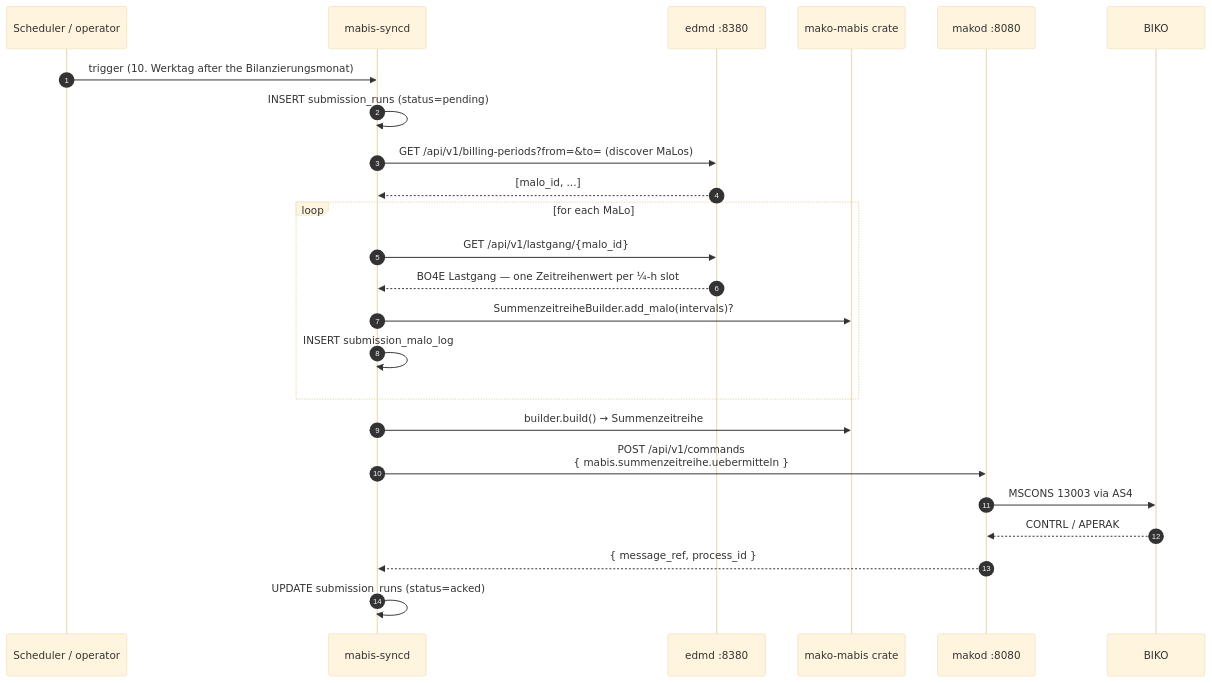
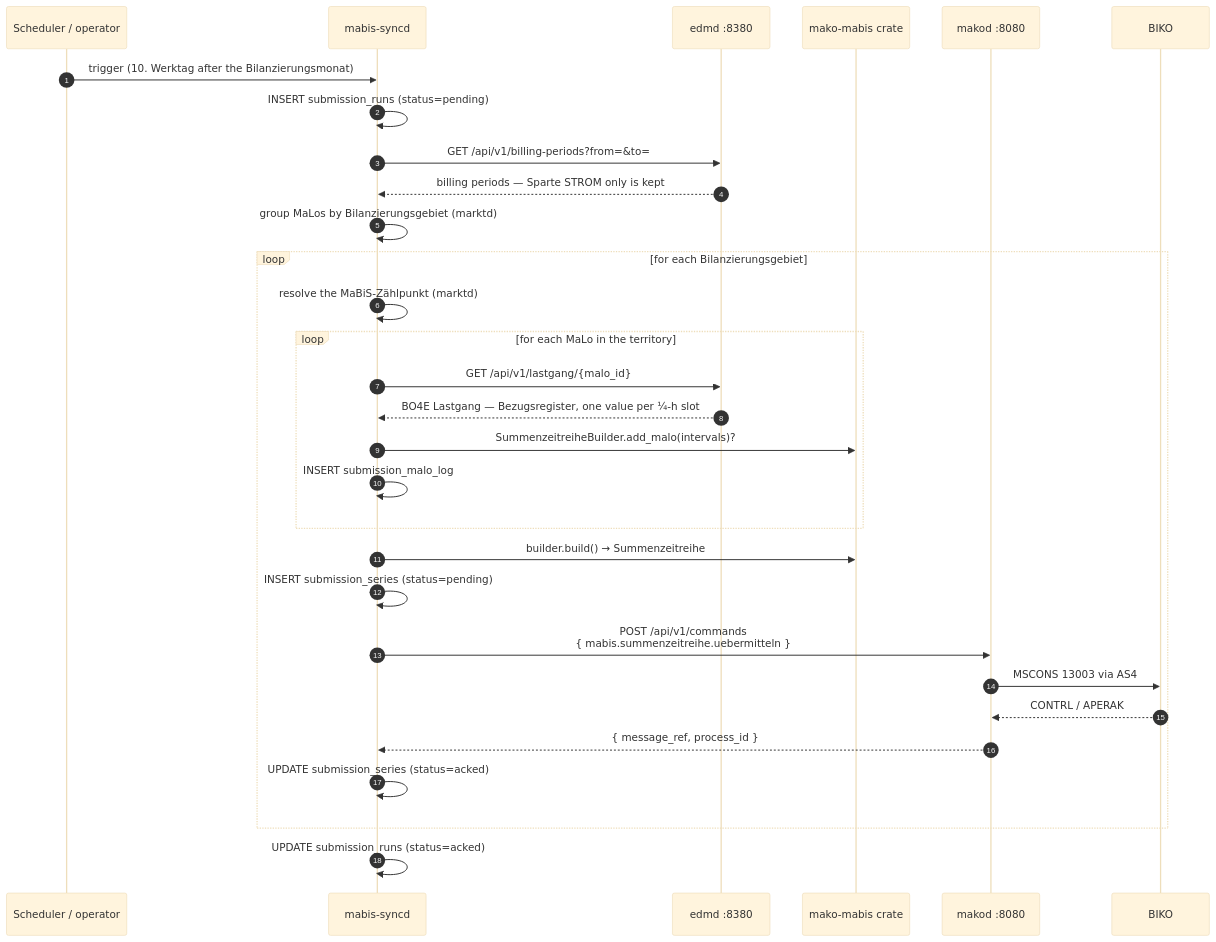
Before and after one commit to hupe1980/mako: the second of 2 diagrams in site/content/docs/services/mabis-syncd.md, drawn with Mermaid (base theme). The commit also changed other lines of this file and 63 other files, not shown here.

First line of the commit message:
Refactor mabis-syncd and portald documentation for clarity and accuracy

````diff
--- a/site/content/docs/services/mabis-syncd.md
+++ b/site/content/docs/services/mabis-syncd.md
@@ -266,30 +266,37 @@
 ```mermaid
 sequenceDiagram
     autonumber
     participant sched as Scheduler / operator
     participant syncd as mabis-syncd
     participant edmd as edmd :8380
     participant mabis as mako-mabis crate
     participant makod as makod :8080
     participant biko as BIKO
 
     sched->>syncd: trigger (10. Werktag after the Bilanzierungsmonat)
     syncd->>syncd: INSERT submission_runs (status=pending)
 
-    syncd->>edmd: GET /api/v1/billing-periods?from=&to= (discover MaLos)
-    edmd-->>syncd: [malo_id, ...]
+    syncd->>edmd: GET /api/v1/billing-periods?from=&to=
+    edmd-->>syncd: billing periods — Sparte STROM only is kept
 
-    loop for each MaLo
-        syncd->>edmd: GET /api/v1/lastgang/{malo_id}
-        edmd-->>syncd: BO4E Lastgang — one Zeitreihenwert per ¼-h slot
-        syncd->>mabis: SummenzeitreiheBuilder.add_malo(intervals)?
-        syncd->>syncd: INSERT submission_malo_log
+    syncd->>syncd: group MaLos by Bilanzierungsgebiet (marktd)
+
+    loop for each Bilanzierungsgebiet
+        syncd->>syncd: resolve the MaBiS-Zählpunkt (marktd)
+        loop for each MaLo in the territory
+            syncd->>edmd: GET /api/v1/lastgang/{malo_id}
+            edmd-->>syncd: BO4E Lastgang — Bezugsregister, one value per ¼-h slot
+            syncd->>mabis: SummenzeitreiheBuilder.add_malo(intervals)?
+            syncd->>syncd: INSERT submission_malo_log
+        end
+        syncd->>mabis: builder.build() → Summenzeitreihe
+        syncd->>syncd: INSERT submission_series (status=pending)
+        syncd->>makod: POST /api/v1/commands<br/>{ mabis.summenzeitreihe.uebermitteln }
+        makod->>biko: MSCONS 13003 via AS4
+        biko-->>makod: CONTRL / APERAK
+        makod-->>syncd: { message_ref, process_id }
+        syncd->>syncd: UPDATE submission_series (status=acked)
     end
 
-    syncd->>mabis: builder.build() → Summenzeitreihe
-    syncd->>makod: POST /api/v1/commands<br/>{ mabis.summenzeitreihe.uebermitteln }
-    makod->>biko: MSCONS 13003 via AS4
-    biko-->>makod: CONTRL / APERAK
-    makod-->>syncd: { message_ref, process_id }
     syncd->>syncd: UPDATE submission_runs (status=acked)
 ```
````
